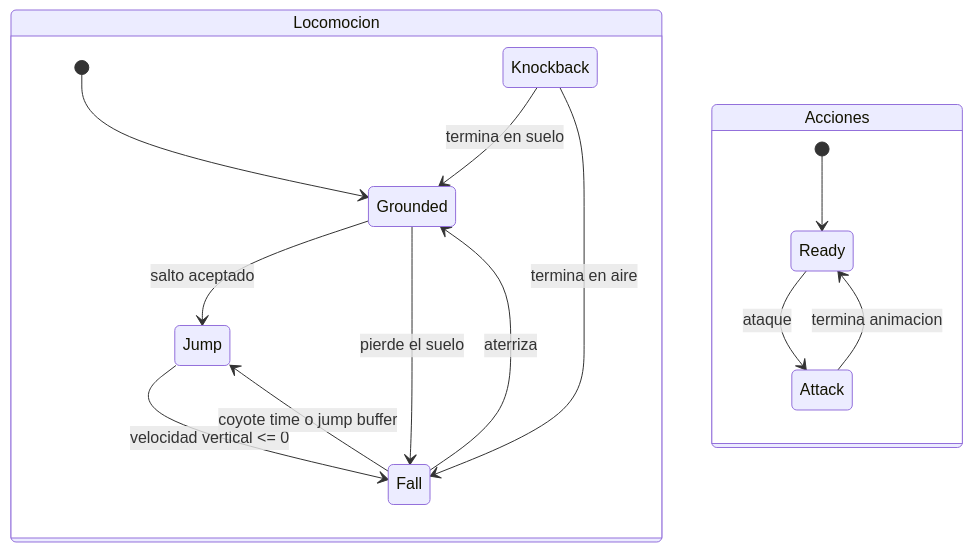
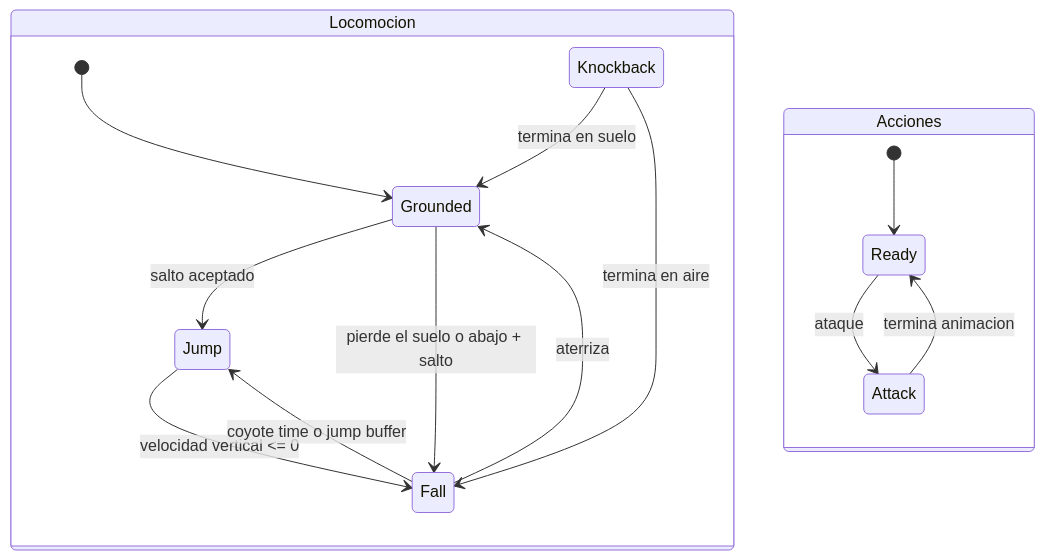
One commit to luc4s92/Parcial2-programacion changed the second of 2 diagrams in Assets/Scripts/Player/README.md. Above: the diagram before and after it, drawn with Mermaid. The commit also changed other lines of this file and 26 other files, not shown here.

````diff
--- a/Assets/Scripts/Player/README.md
+++ b/Assets/Scripts/Player/README.md
@@ -136,19 +137,19 @@
 ```mermaid
 stateDiagram-v2
     state Locomocion {
         [*] --> Grounded
         Grounded --> Jump: salto aceptado
-        Grounded --> Fall: pierde el suelo
+        Grounded --> Fall: pierde el suelo o abajo + salto
         Jump --> Fall: velocidad vertical <= 0
         Fall --> Jump: coyote time o jump buffer
         Fall --> Grounded: aterriza
         Knockback --> Grounded: termina en suelo
         Knockback --> Fall: termina en aire
     }
 
     state Acciones {
         [*] --> Ready
         Ready --> Attack: ataque
         Attack --> Ready: termina animacion
     }
 ```
````
